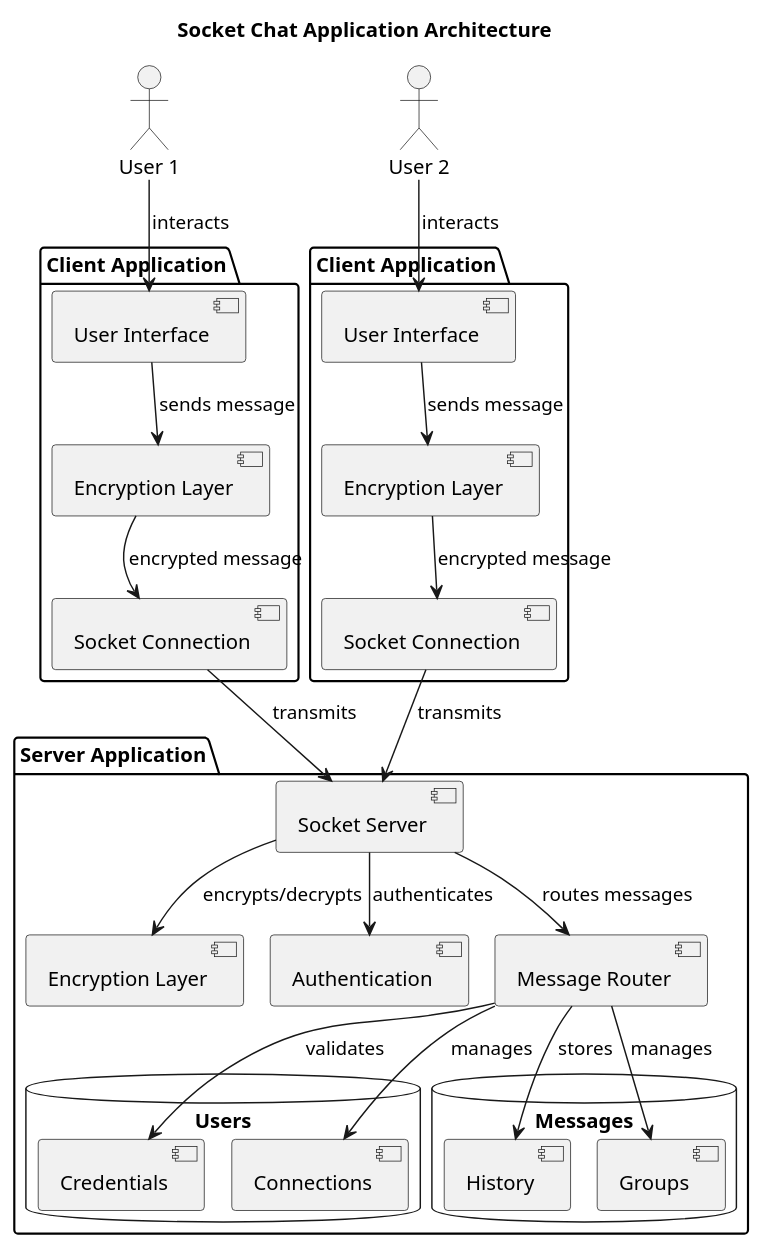
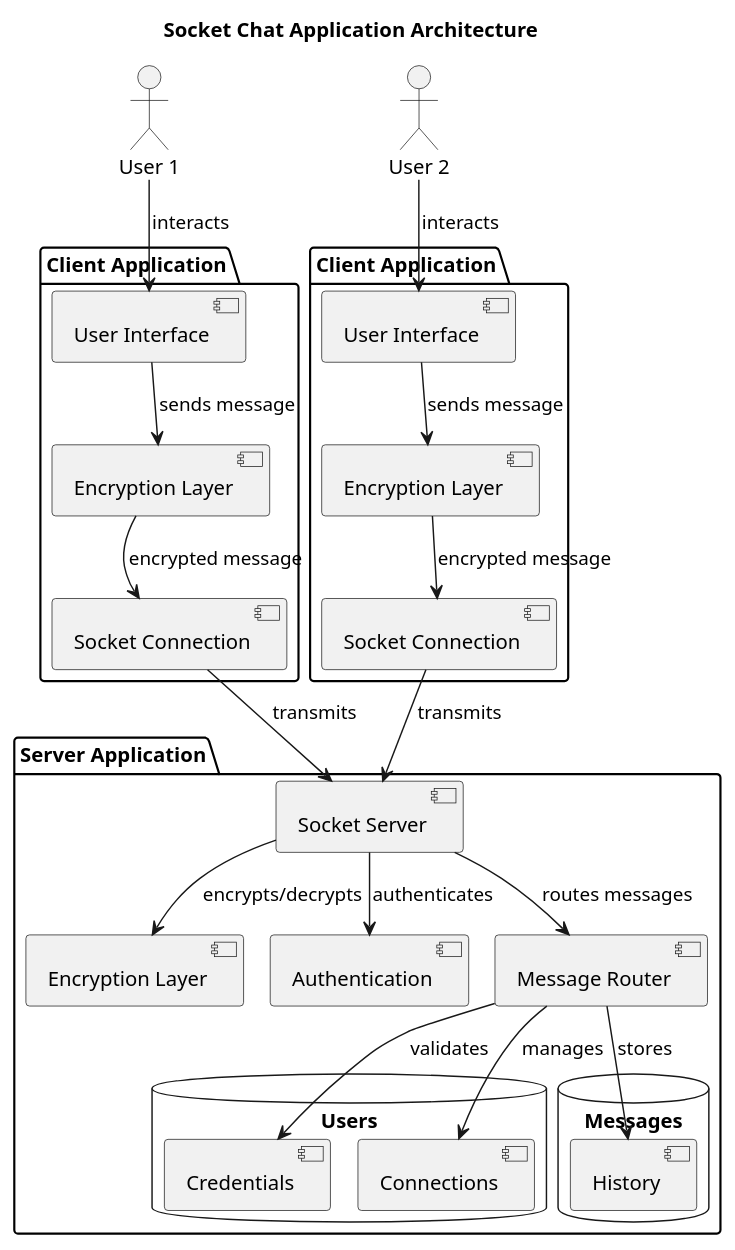
Before and after one commit to hoshinoht/socket-chatapp: the diagram in architecture.puml, drawn with PlantUML. The commit also changed 5 other files, not shown here.

```diff
--- a/architecture.puml
+++ b/architecture.puml
@@ -1,59 +1,57 @@
 ' Use a simple generation strategy that doesn't require GraphViz
 !pragma layout smetana
 
 title Socket Chat Application Architecture
 
 ' Define actors
 actor "User 1" as user1
 actor "User 2" as user2
 
 ' Define main components
 package "Client Application" as client1 {
   component "Socket Connection" as socket1
   component "Encryption Layer" as enc1
   component "User Interface" as ui1
 }
 
 package "Client Application" as client2 {
   component "Socket Connection" as socket2
   component "Encryption Layer" as enc2
   component "User Interface" as ui2
 }
 
 package "Server Application" {
   component "Socket Server" as server
   component "Encryption Layer" as serverEnc
   component "Authentication" as auth
   component "Message Router" as router
   
   database "Users" {
     [Credentials]
     [Connections]
   }
   
   database "Messages" {
     [History]
-    [Groups]
   }
 }
 
 ' Define relationships
 user1 --> ui1 : interacts
 ui1 --> enc1 : sends message
 enc1 --> socket1 : encrypted message
 socket1 --> server : transmits
 
 user2 --> ui2 : interacts
 ui2 --> enc2 : sends message
 enc2 --> socket2 : encrypted message
 socket2 --> server : transmits
 
 server --> auth : authenticates
 server --> serverEnc : encrypts/decrypts
 server --> router : routes messages
 router --> Credentials : validates
 router --> Connections : manages
 router --> History : stores
-router --> Groups : manages
 
 @enduml
```
